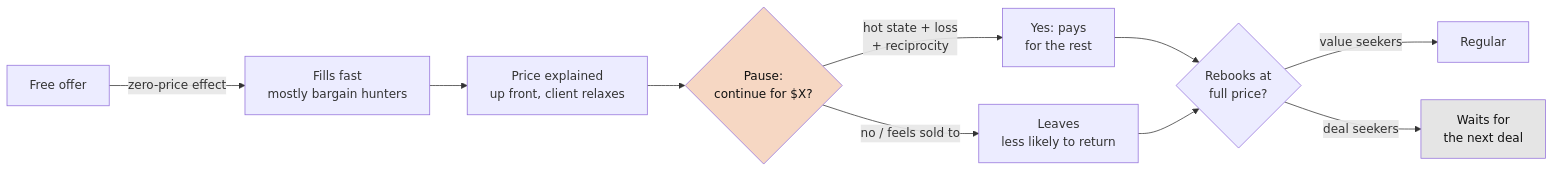
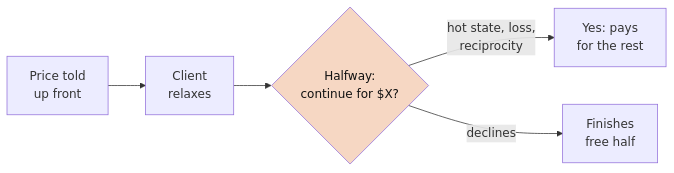
Before and after one commit to maxsancheez/free-massage-upsell-case-study: the first of 2 diagrams in README.md, drawn with Mermaid. The commit also changed other lines of this file, not shown here.

Commit message:
Update research: The Free Massage Pause-and-Upsell: The Psychology Behind It

````diff
--- a/README.md
+++ b/README.md
@@ -31,14 +33,8 @@
 ```mermaid
 flowchart LR
-    A["Free offer"] -->|"zero-price effect"| B["Fills fast<br/>mostly bargain hunters"]
-    B --> C["Price explained<br/>up front, client relaxes"]
-    C --> D{"Pause:<br/>continue for $X?"}
-    D -->|"hot state + loss<br/>+ reciprocity"| E["Yes: pays<br/>for the rest"]
-    D -->|"no / feels sold to"| F["Leaves<br/>less likely to return"]
-    E --> G{"Rebooks at<br/>full price?"}
-    F --> G
-    G -->|"value seekers"| H["Regular"]
-    G -->|"deal seekers"| I["Waits for<br/>the next deal"]
-    style D fill:#f6d7c3,color:#111
-    style I fill:#e5e5e5,color:#111
+    A["Price told<br/>up front"] --> B["Client<br/>relaxes"]
+    B --> C{"Halfway:<br/>continue for $X?"}
+    C -->|"hot state, loss,<br/>reciprocity"| D["Yes: pays<br/>for the rest"]
+    C -->|"declines"| E["Finishes<br/>free half"]
+    style C fill:#f6d7c3,color:#111
 ```
````
